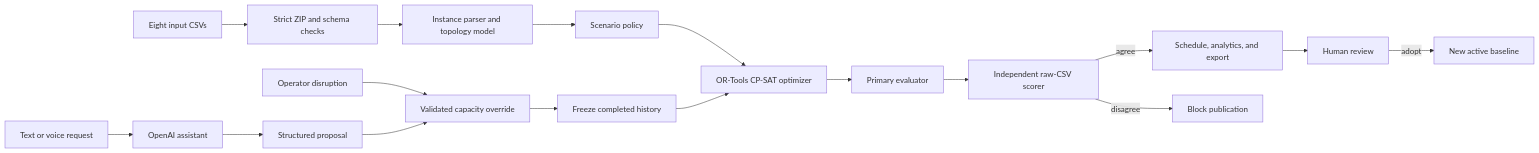
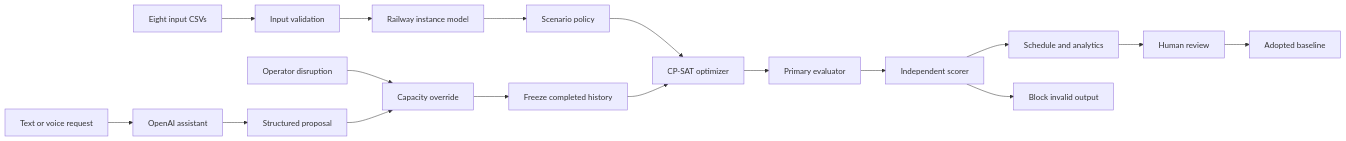
One commit to 13shreyansh/nebula-ps1-knowledge-base changed the diagram in README.md. Above: the diagram before and after it, drawn with Mermaid.

Commit message:
Fix GitHub architecture diagram rendering

````diff
--- a/README.md
+++ b/README.md
@@ -91,21 +91,19 @@
 ```mermaid
-flowchart LR
-    A[Eight input CSVs] --> B[Strict ZIP and schema checks]
-    B --> C[Instance parser and topology model]
-    C --> D[Scenario policy]
-    D --> E[OR-Tools CP-SAT optimizer]
-    E --> F[Primary evaluator]
-    F --> G[Independent raw-CSV scorer]
-    G -->|agree| H[Schedule, analytics, and export]
-    G -->|disagree| X[Block publication]
-
-    I[Operator disruption] --> J[Validated capacity override]
-    J --> K[Freeze completed history]
+graph LR
+    A["Eight input CSVs"] --> B["Input validation"]
+    B --> C["Railway instance model"]
+    C --> D["Scenario policy"]
+    D --> E["CP-SAT optimizer"]
+    E --> F["Primary evaluator"]
+    F --> G["Independent scorer"]
+    G --> H["Schedule and analytics"]
+    G --> X["Block invalid output"]
+    I["Operator disruption"] --> J["Capacity override"]
+    J --> K["Freeze completed history"]
     K --> E
-
-    L[Text or voice request] --> M[OpenAI assistant]
-    M --> N[Structured proposal]
+    L["Text or voice request"] --> M["OpenAI assistant"]
+    M --> N["Structured proposal"]
     N --> J
-    H --> O[Human review]
-    O -->|adopt| P[New active baseline]
+    H --> O["Human review"]
+    O --> P["Adopted baseline"]
 ```
````
